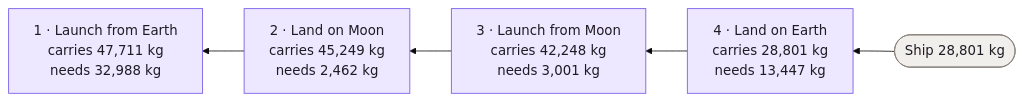
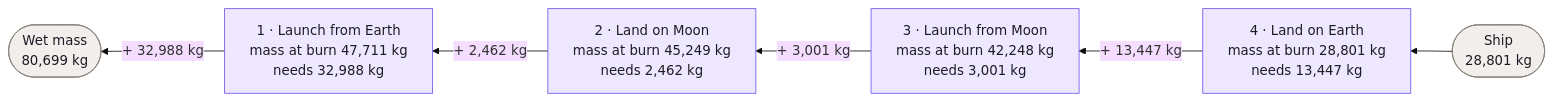
One commit to mariuszzak/fuel_calculator changed the first of 3 diagrams in README.md. Above: the diagram before and after it, drawn with Mermaid (base theme). The commit also changed other lines of this file and 4 other files, not shown here.

````diff
--- a/README.md
+++ b/README.md
@@ -29,10 +65,18 @@
 ```mermaid
 flowchart RL
     classDef step fill:#EDE8FF,stroke:#7354E8,color:#1F1B24
-    classDef ship fill:#F1EFEC,stroke:#88817B,color:#1F1B24
-    S4["4 · Land on Earth<br/>carries 28,801 kg<br/>needs 13,447 kg"]:::step --> S3
-    S3["3 · Launch from Moon<br/>carries 42,248 kg<br/>needs 3,001 kg"]:::step --> S2
-    S2["2 · Land on Moon<br/>carries 45,249 kg<br/>needs 2,462 kg"]:::step --> S1
-    S1["1 · Launch from Earth<br/>carries 47,711 kg<br/>needs 32,988 kg"]:::step
-    Ship(["Ship 28,801 kg"]):::ship --> S4
+    classDef mass fill:#F1EFEC,stroke:#88817B,color:#1F1B24
+
+    ship(["Ship<br/>28,801 kg"]):::mass
+    s4["4 · Land on Earth<br/>mass at burn 28,801 kg<br/>needs 13,447 kg"]:::step
+    s3["3 · Launch from Moon<br/>mass at burn 42,248 kg<br/>needs 3,001 kg"]:::step
+    s2["2 · Land on Moon<br/>mass at burn 45,249 kg<br/>needs 2,462 kg"]:::step
+    s1["1 · Launch from Earth<br/>mass at burn 47,711 kg<br/>needs 32,988 kg"]:::step
+    wet(["Wet mass<br/>80,699 kg"]):::mass
+
+    ship --> s4
+    s4 -- "+ 13,447 kg" --> s3
+    s3 -- "+ 3,001 kg" --> s2
+    s2 -- "+ 2,462 kg" --> s1
+    s1 -- "+ 32,988 kg" --> wet
 ```
````
